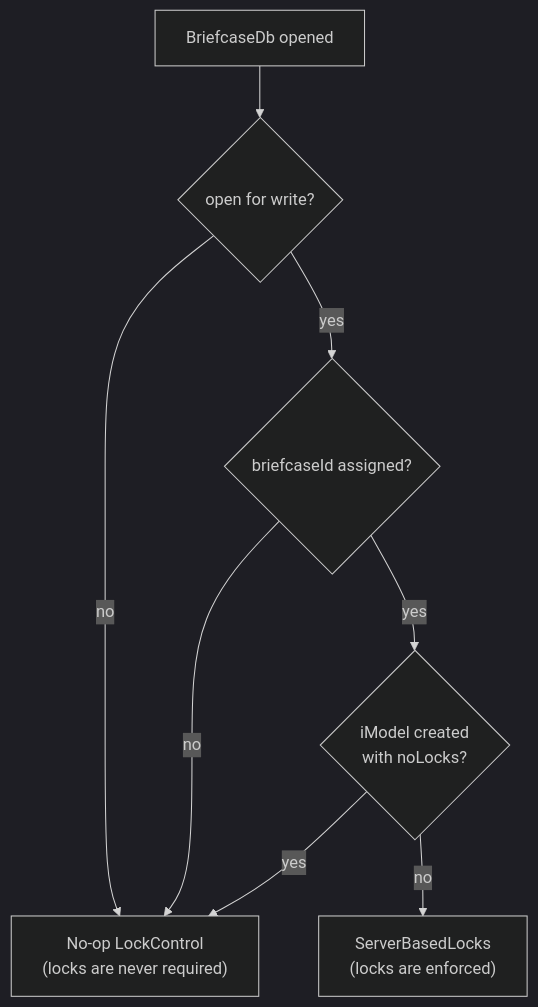
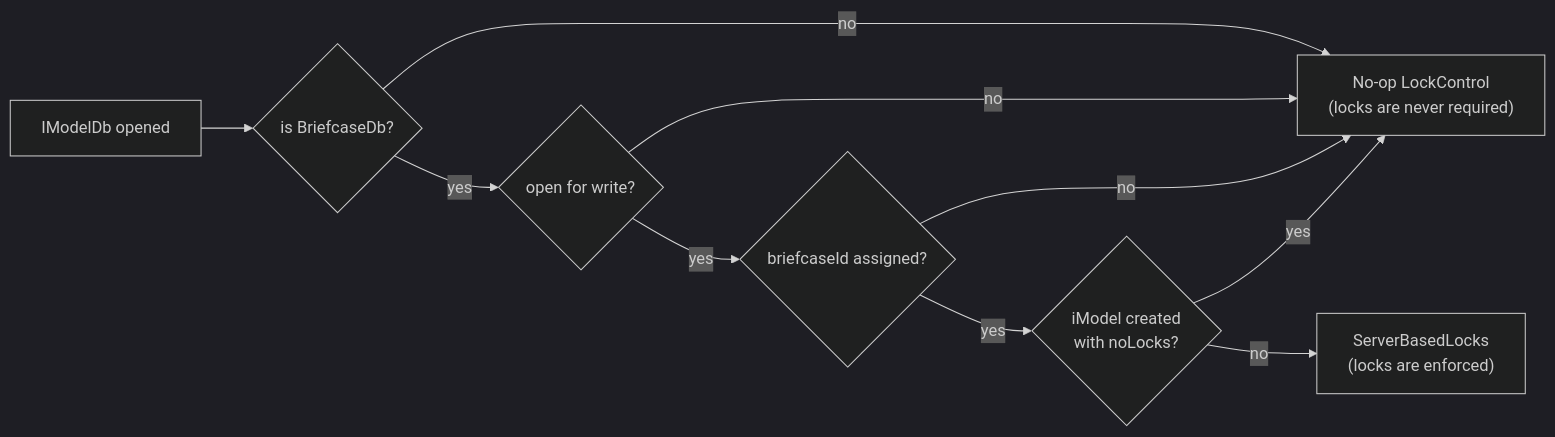
One commit to iTwin/itwinjs-core changed the second of 6 diagrams in docs/learning/backend/ConcurrencyControl.md. Above: the diagram before and after it, drawn with Mermaid (dark theme).

````diff
--- a/docs/learning/backend/ConcurrencyControl.md
+++ b/docs/learning/backend/ConcurrencyControl.md
@@ -83,10 +83,12 @@
 ```mermaid
-flowchart TD
-    A["BriefcaseDb opened"] --> B{"open for write?"}
-    B -- no --> N["No-op LockControl<br/>(locks are never required)"]
+flowchart LR
+    X["IModelDb opened"] --> A{"is BriefcaseDb?"}
+    A -- no --> N["No-op LockControl<br/>(locks are never required)"]
+    A -- yes --> B{"open for write?"}
+    B -- no --> N
     B -- yes --> C{"briefcaseId assigned?"}
     C -- no --> N
     C -- yes --> D{"iModel created<br/>with noLocks?"}
     D -- yes --> N
     D -- no --> S["ServerBasedLocks<br/>(locks are enforced)"]
 ```
````
